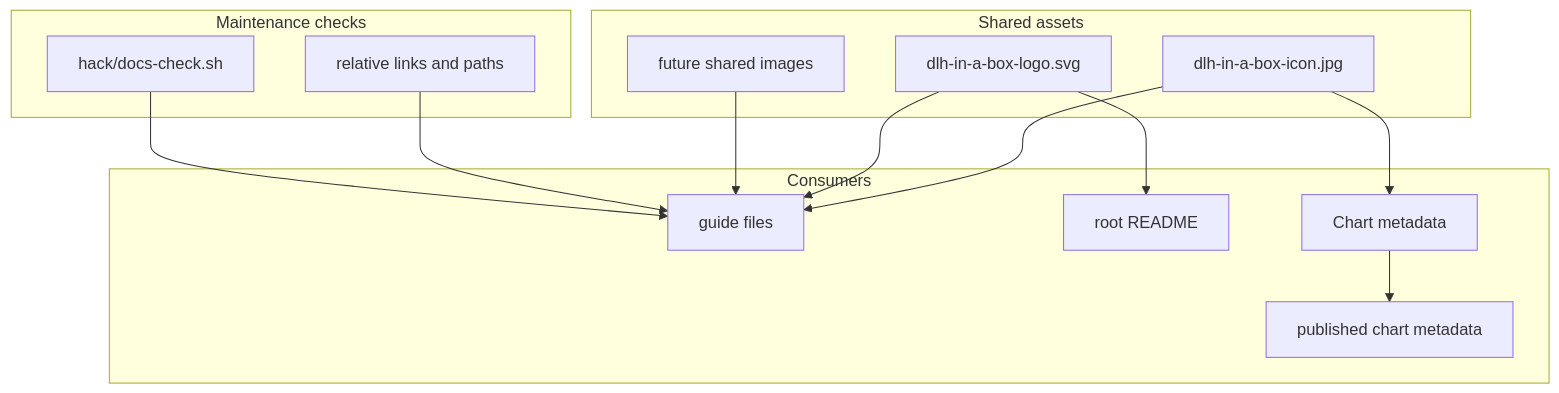
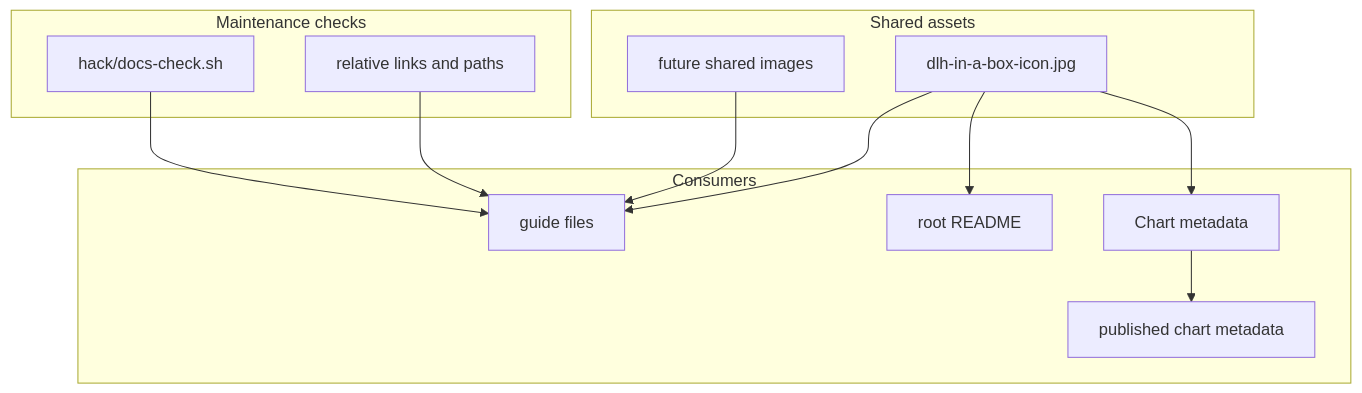
The diagram in docs/assets/README.md (sanger-pathogens/dlh-in-a-box-umbrella-helm-chart), drawn with Mermaid before and after one commit. The commit also changed other lines of this file and 2 other files, not shown here.

Commit message:
Use existing dlh-in-a-box icon in README

````diff
--- a/docs/assets/README.md
+++ b/docs/assets/README.md
@@ -7,29 +7,27 @@
 ```mermaid
 flowchart TD
   subgraph Assets["Shared assets"]
     Icon[dlh-in-a-box-icon.jpg]
-    Logo[dlh-in-a-box-logo.svg]
     Future[future shared images]
   end
 
   subgraph Consumers["Consumers"]
     Guides[guide files]
     RootReadme[root README]
     ChartMeta[Chart metadata]
     PackageMeta[published chart metadata]
   end
 
   subgraph Maintenance["Maintenance checks"]
     Paths[relative links and paths]
     DocsCheck[hack/docs-check.sh]
   end
 
   Icon --> Guides
+  Icon --> RootReadme
   Icon --> ChartMeta
-  Logo --> RootReadme
-  Logo --> Guides
   Future --> Guides
   ChartMeta --> PackageMeta
   Paths --> Guides
   DocsCheck --> Guides
 ```
````
